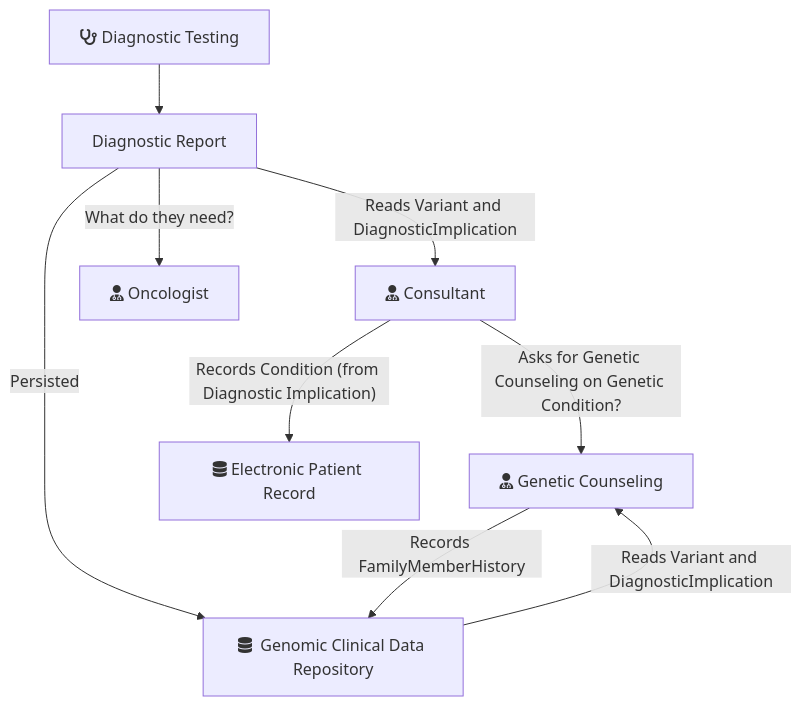
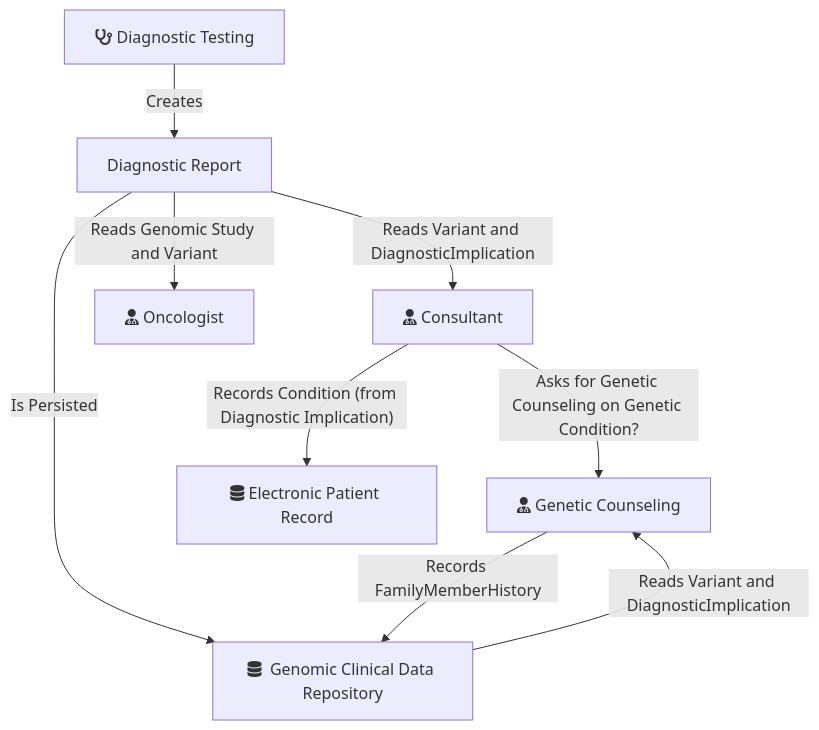
Before and after one commit to uk-gov-mirror/nw-gmsa.nw-gmsa.github.com: the diagram in input/intro-notes/ExampleScenario-ClinicalAndGenomicWorkflow-intro.md, drawn with Mermaid. The commit also changed 3 other files, not shown here.

````diff
--- a/input/intro-notes/ExampleScenario-ClinicalAndGenomicWorkflow-intro.md
+++ b/input/intro-notes/ExampleScenario-ClinicalAndGenomicWorkflow-intro.md
@@ -4,13 +4,13 @@
 ```mermaid
 graph TD;
 
-    DiagnosticTesting[fas:fa-stethoscope Diagnostic Testing]  --> DiagnosticReport[Diagnostic Report]
+    DiagnosticTesting[fas:fa-stethoscope Diagnostic Testing]  --> |Creates| DiagnosticReport[Diagnostic Report]
     DiagnosticReport --> |Reads Variant and DiagnosticImplication| Consultant[fas:fa-user-md Consultant]
     GenomicCDR --> |Reads Variant and DiagnosticImplication| GeneticCounseling[fas:fa-user-md Genetic Counseling]
-    DiagnosticReport --> |What do they need?| Oncologist[fas:fa-user-md Oncologist]
-    DiagnosticReport --> |Persisted| GenomicCDR
+    DiagnosticReport --> |Reads Genomic Study and Variant| Oncologist[fas:fa-user-md Oncologist]
+    DiagnosticReport --> |Is Persisted| GenomicCDR
 
     Consultant --> |"Records Condition (from Diagnostic Implication)"| EPR[fas:fa-database Electronic Patient Record]
     GeneticCounseling --> |Records FamilyMemberHistory| GenomicCDR[fas:fa-database  Genomic Clinical Data Repository]
     Consultant --> |Asks for Genetic Counseling on Genetic Condition?| GeneticCounseling
 ```
````
